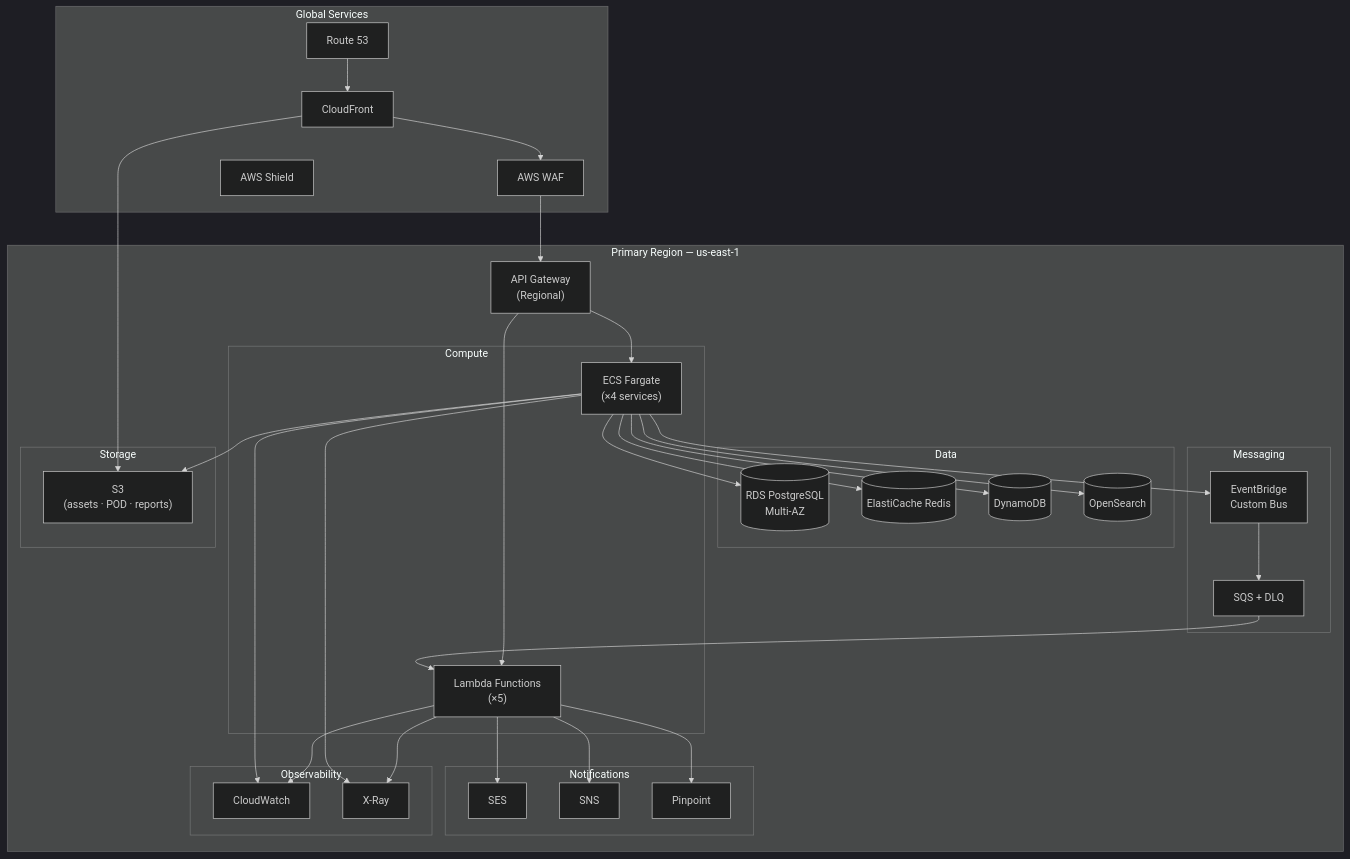
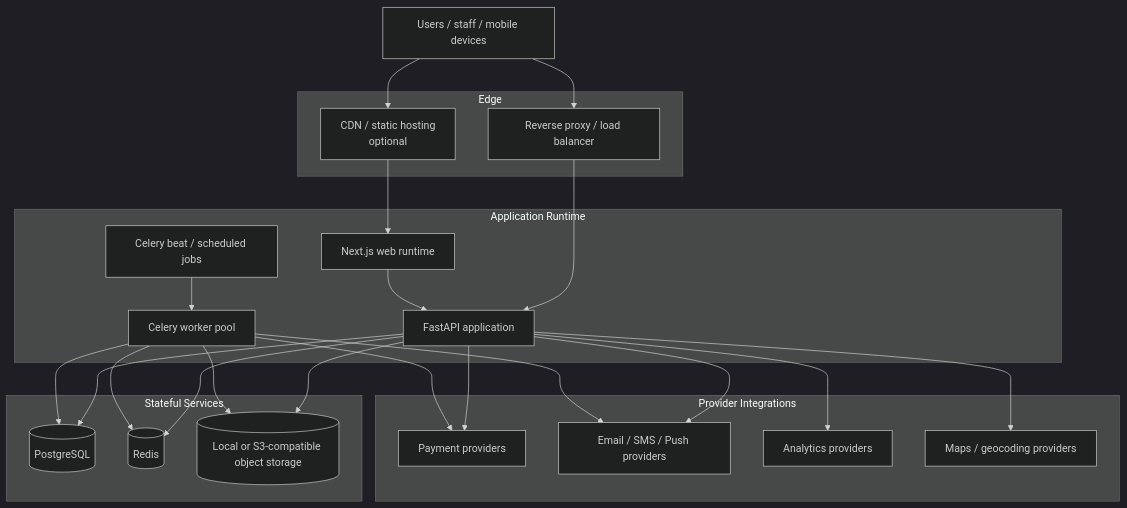
The diagram in docs/system-design/infrastructure/cloud-architecture.md (0Ankit0/O.S.M), drawn with Mermaid (dark theme) before and after one commit. The commit also changed other lines of this file and 79 other files, not shown here.

````diff
--- a/docs/system-design/infrastructure/cloud-architecture.md
+++ b/docs/system-design/infrastructure/cloud-architecture.md
@@ -11,65 +9,48 @@
 ```mermaid
 graph TB
-    subgraph Global["Global Services"]
-        R53["Route 53"]
-        CF["CloudFront"]
-        WAF["AWS WAF"]
-        Shield["AWS Shield"]
+    Internet["Users / staff / mobile devices"]
+
+    subgraph Edge["Edge"]
+        CDN["CDN / static hosting<br/>optional"]
+        ReverseProxy["Reverse proxy / load balancer"]
     end
 
-    subgraph Region["Primary Region — us-east-1"]
-        APIGW["API Gateway\n(Regional)"]
-
-        subgraph Compute["Compute"]
-            Lambda["Lambda Functions\n(×5)"]
-            Fargate["ECS Fargate\n(×4 services)"]
-        end
-
-        subgraph DataLayer["Data"]
-            RDS[("RDS PostgreSQL\nMulti-AZ")]
-            Redis[("ElastiCache Redis")]
-            DDB[("DynamoDB")]
-            OS[("OpenSearch")]
-        end
-
-        subgraph Messaging["Messaging"]
-            EB["EventBridge\nCustom Bus"]
-            SQS["SQS + DLQ"]
-        end
-
-        subgraph Notify["Notifications"]
-            SES["SES"]
-            SNS_N["SNS"]
-            PP["Pinpoint"]
-        end
-
-        subgraph Storage["Storage"]
-            S3["S3\n(assets · POD · reports)"]
-        end
-
-        subgraph Observability["Observability"]
-            CW["CloudWatch"]
-            XR["X-Ray"]
-        end
+    subgraph App["Application Runtime"]
+        Next["Next.js web runtime"]
+        API["FastAPI application"]
+        Worker["Celery worker pool"]
+        Beat["Celery beat / scheduled jobs"]
     end
 
-    R53 --> CF
-    CF --> WAF
-    WAF --> APIGW
-    APIGW --> Lambda
-    APIGW --> Fargate
-    Fargate --> RDS
-    Fargate --> Redis
-    Fargate --> DDB
-    Fargate --> OS
-    Fargate --> EB
-    Fargate --> S3
-    EB --> SQS
-    SQS --> Lambda
-    Lambda --> SES
-    Lambda --> SNS_N
-    Lambda --> PP
-    CF --> S3
-    Lambda & Fargate --> CW
-    Lambda & Fargate --> XR
+    subgraph Data["Stateful Services"]
+        PG[("PostgreSQL")]
+        Redis[("Redis")]
+        Storage[("Local or S3-compatible object storage")]
+    end
+
+    subgraph External["Provider Integrations"]
+        Payment["Payment providers"]
+        Notification["Email / SMS / Push providers"]
+        Analytics["Analytics providers"]
+        Maps["Maps / geocoding providers"]
+    end
+
+    Internet --> CDN
+    Internet --> ReverseProxy
+    CDN --> Next
+    ReverseProxy --> API
+    Next --> API
+    API --> PG
+    API --> Redis
+    API --> Storage
+    API --> Payment
+    API --> Notification
+    API --> Analytics
+    Worker --> PG
+    Worker --> Redis
+    Worker --> Storage
+    Worker --> Notification
+    Worker --> Payment
+    Beat --> Worker
+    API --> Maps
 ```
````
